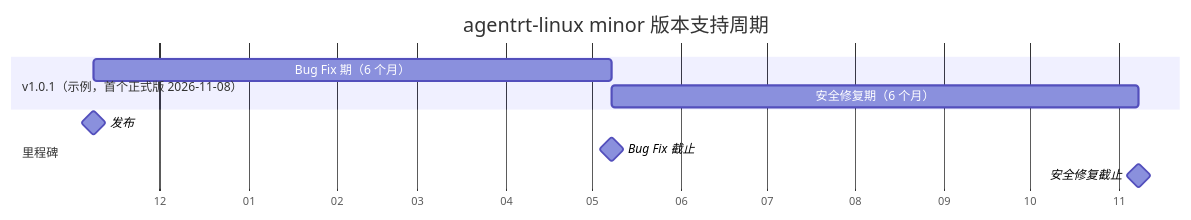
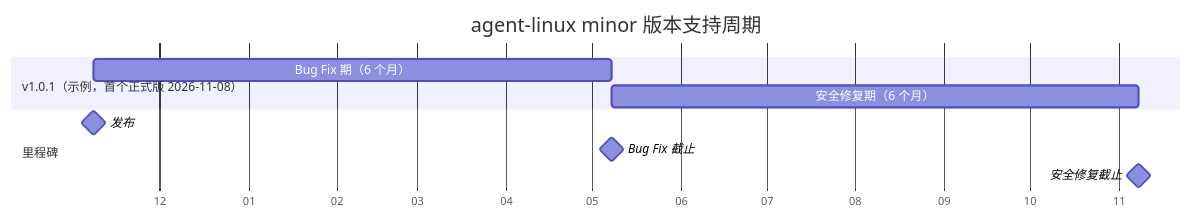
The third of 3 diagrams in 120-development-process/05-stable-releases.md (openairymax/docs-linux), drawn with Mermaid before and after one commit. The commit also changed other lines of this file and 172 other files, not shown here.

Commit message:
docs: rename agentrt-linux to agent-linux across docs v0.1.3 双工程结构：agentrt-linux 改名 agent-linux。docs 全仓 186 个 文件中的 agentrt-linux 引用统一为 agent-linux（AirymaxOS 工程名/ URL/路径引用；commit hash 与历史不变）。

````diff
--- a/120-development-process/05-stable-releases.md
+++ b/120-development-process/05-stable-releases.md
@@ -371,13 +371,13 @@
 ```mermaid
 gantt
-    title agentrt-linux minor 版本支持周期
+    title agent-linux minor 版本支持周期
     dateFormat YYYY-MM-DD
     axisFormat %m
     section v1.0.1（示例，首个正式版 2026-11-08）
     Bug Fix 期（6 个月） :2026-11-08, 6M
     安全修复期（6 个月） :2027-05-08, 6M
     section 里程碑
     发布 :milestone, 2026-11-08, 0d
     Bug Fix 截止 :milestone, 2027-05-08, 0d
     安全修复截止 :milestone, 2027-11-08, 0d
 ```
````
